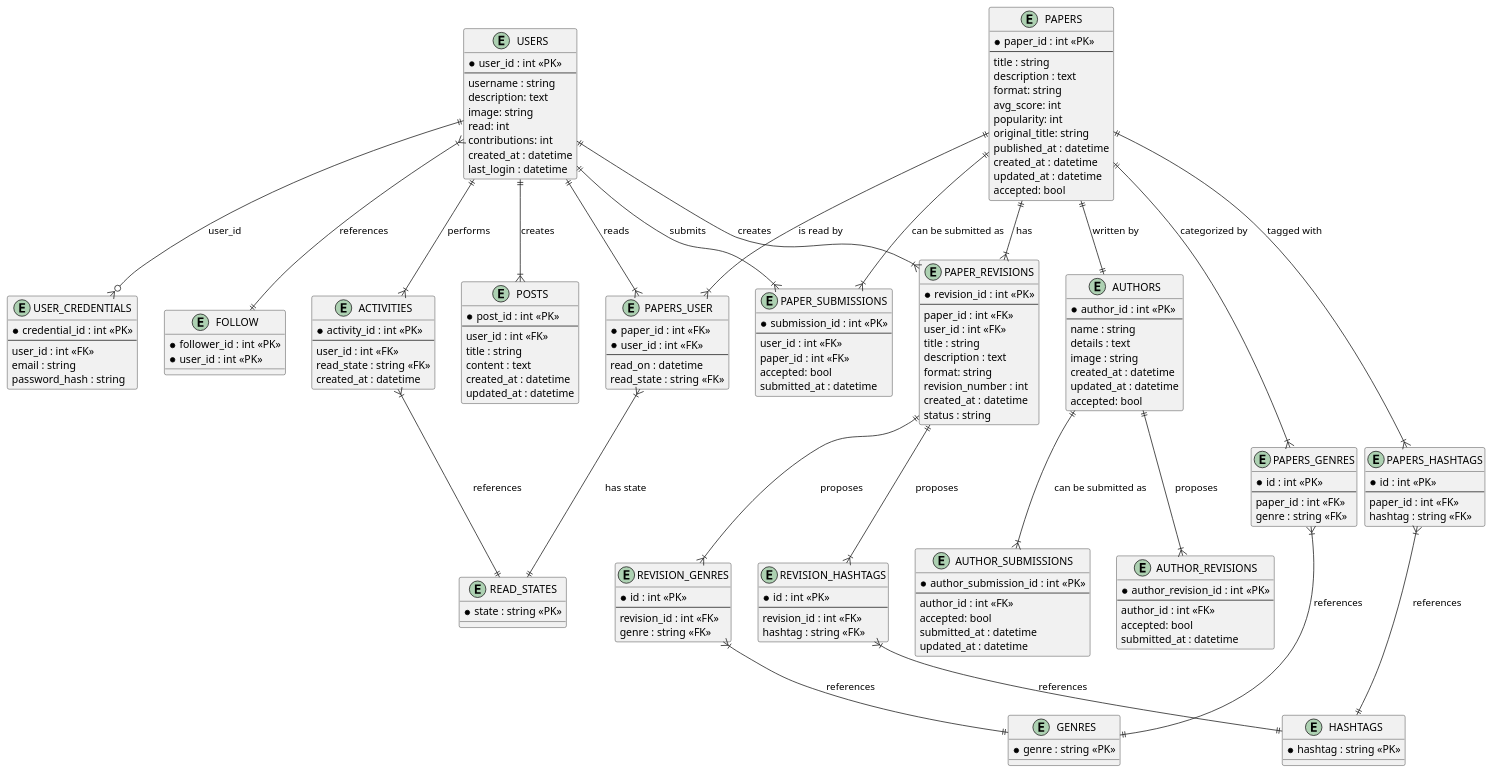
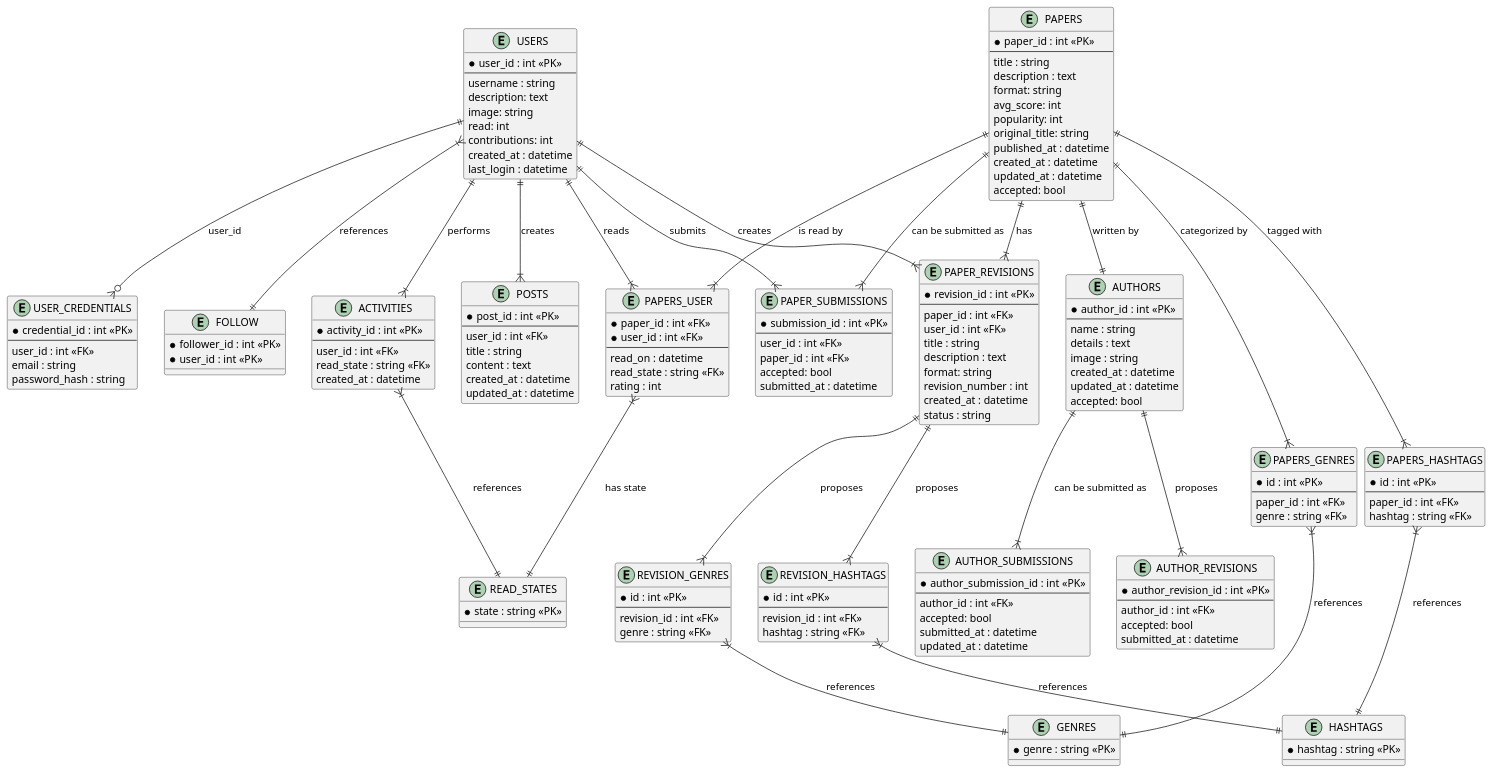
One commit to pingponghero12/ScienceArch changed the diagram in uml/entities.puml. Above: the diagram before and after it, drawn with PlantUML. The commit also changed 1 other file, not shown here.

```diff
--- a/uml/entities.puml
+++ b/uml/entities.puml
@@ -1,190 +1,191 @@
 @startuml
 ' Entity definitions
 entity "USERS" {
   *user_id : int <<PK>>
   --
   username : string
   description: text
   image: string
   read: int
   contributions: int
   created_at : datetime
   last_login : datetime
 }
 
 entity "USER_CREDENTIALS" {
   *credential_id : int <<PK>>
   --
   user_id : int <<FK>>
   email : string
   password_hash : string
 }
 
 USERS ||--o{ USER_CREDENTIALS : "user_id"
 
 entity "FOLLOW" {
   *follower_id : int <<PK>>
   *user_id : int <<PK>>
 }
 
 entity "AUTHORS" {
   *author_id : int <<PK>>
   --
   name : string
   details : text
   image : string
   created_at : datetime
   updated_at : datetime
   accepted: bool
 }
 
 entity "ACTIVITIES" {
   *activity_id : int <<PK>>
   --
   user_id : int <<FK>>
   read_state : string <<FK>>
   created_at : datetime
 }
 
 entity "POSTS" {
   *post_id : int <<PK>>
   --
   user_id : int <<FK>>
   title : string
   content : text
   created_at : datetime
   updated_at : datetime
 }
 
 entity "PAPERS_USER" {
   *paper_id : int <<FK>>
   *user_id : int <<FK>>
   --
   read_on : datetime
   read_state : string <<FK>>
+  rating : int
 }
 
 entity "PAPERS" {
   *paper_id : int <<PK>>
   --
   title : string
   description : text
   format: string
   avg_score: int
   popularity: int
   original_title: string
   published_at : datetime
   created_at : datetime
   updated_at : datetime
   accepted: bool
 }
 
 entity "PAPERS_GENRES" {
   *id : int <<PK>>
   --
   paper_id : int <<FK>>
   genre : string <<FK>>
 }
 
 entity "PAPERS_HASHTAGS" {
   *id : int <<PK>>
   --
   paper_id : int <<FK>>
   hashtag : string <<FK>>
 }
 
 entity "PAPER_SUBMISSIONS" {
   *submission_id : int <<PK>>
   --
   user_id : int <<FK>>
   paper_id : int <<FK>>
   accepted: bool
   submitted_at : datetime
 }
 
 entity "PAPER_REVISIONS" {
   *revision_id : int <<PK>>
   --
   paper_id : int <<FK>>
   user_id : int <<FK>>
   title : string
   description : text
   format: string
   revision_number : int
   created_at : datetime
   status : string
 }
 
 entity "REVISION_GENRES" {
   *id : int <<PK>>
   --
   revision_id : int <<FK>>
   genre : string <<FK>>
 }
 
 entity "REVISION_HASHTAGS" {
   *id : int <<PK>>
   --
   revision_id : int <<FK>>
   hashtag : string <<FK>>
 }
 
 entity "AUTHOR_SUBMISSIONS" {
   *author_submission_id : int <<PK>>
   --
   author_id : int <<FK>>
   accepted: bool
   submitted_at : datetime
   updated_at : datetime
 }
 
 entity "AUTHOR_REVISIONS" {
   *author_revision_id : int <<PK>>
   --
   author_id : int <<FK>>
   accepted: bool
   submitted_at : datetime
 }
 
 entity "READ_STATES" {
   *state : string <<PK>>
 }
 
 entity "GENRES" {
   *genre : string <<PK>>
 }
 
 entity "HASHTAGS" {
   *hashtag : string <<PK>>
 }
 
 ' Relationships
 USERS ||--|{ PAPERS_USER : "reads"
 USERS ||--|{ POSTS : "creates"
 USERS ||--|{ ACTIVITIES : "performs"
 USERS ||--|{ PAPER_SUBMISSIONS : "submits"
 
 PAPERS ||--|| AUTHORS : "written by"
 PAPERS ||--|{ PAPERS_USER : "is read by"
 PAPERS ||--|{ PAPER_SUBMISSIONS : "can be submitted as"
 PAPERS ||--|{ PAPERS_GENRES : "categorized by"
 PAPERS ||--|{ PAPERS_HASHTAGS : "tagged with"
 
 AUTHORS ||--|{ AUTHOR_SUBMISSIONS : "can be submitted as"
 AUTHORS ||--|{ AUTHOR_REVISIONS : "proposes"
 
 PAPERS_USER }|--|| READ_STATES : "has state"
 
 PAPERS_GENRES }|--|| GENRES : "references"
 PAPERS_HASHTAGS }|--|| HASHTAGS : "references"
 ACTIVITIES }|--|| READ_STATES : "references"
 USERS }|--|| FOLLOW : "references"
 
 PAPERS ||--|{ PAPER_REVISIONS : "has"
 PAPER_REVISIONS ||--|{ REVISION_GENRES : "proposes"
 PAPER_REVISIONS ||--|{ REVISION_HASHTAGS : "proposes"
 REVISION_GENRES }|--|| GENRES : "references"
 REVISION_HASHTAGS }|--|| HASHTAGS : "references"
 USERS ||--|{ PAPER_REVISIONS : "creates"
 
 @enduml
```
